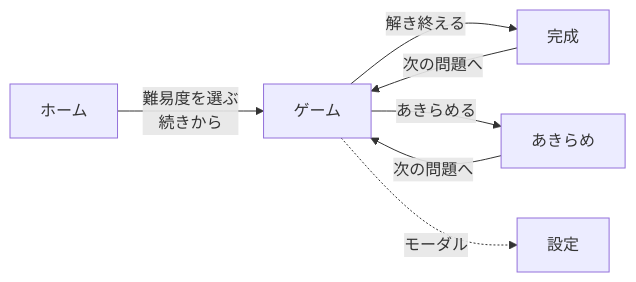
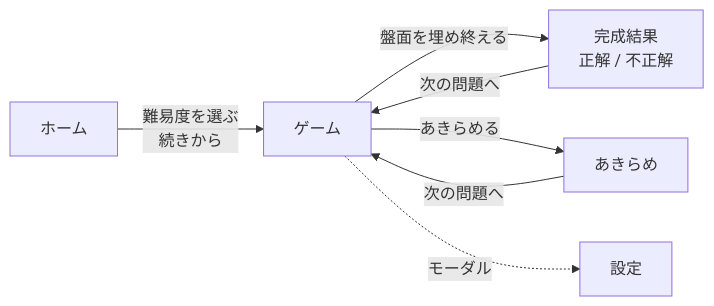
One commit to lost-chapter/sudoku-web changed the first of 2 diagrams in docs/ui/screens-and-interactions.md. Above: the diagram before and after it, drawn with Mermaid. The commit also changed other lines of this file and 5 other files, not shown here.

````diff
--- a/docs/ui/screens-and-interactions.md
+++ b/docs/ui/screens-and-interactions.md
@@ -21,9 +21,9 @@
 ```mermaid
 flowchart LR
   home["ホーム"] -->|難易度を選ぶ<br/>続きから| game["ゲーム"]
-  game -->|解き終える| done["完成"]
+  game -->|盤面を埋め終える| done["完成結果<br/>正解 / 不正解"]
   game -->|あきらめる| give["あきらめ"]
   done -->|次の問題へ| game
   give -->|次の問題へ| game
   game -.->|モーダル| conf["設定"]
 ```
````
